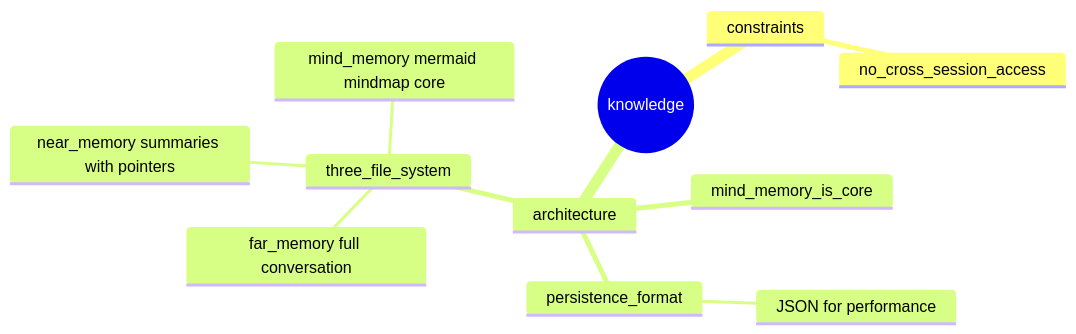
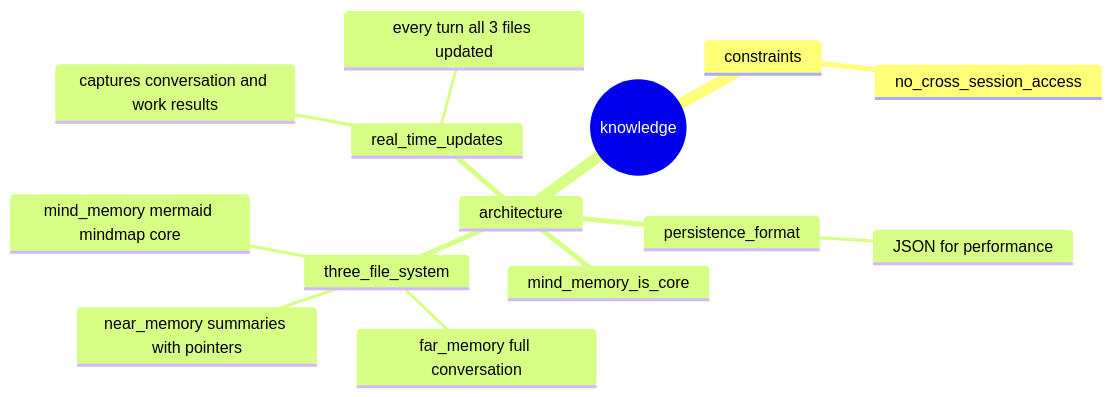
Before and after one commit to packetqc/K_DOCS: the diagram in mind/mind_memory.md, drawn with Mermaid. The commit also changed 2 other files, not shown here.

Commit message:
update: real-time memory sync for conversation turn about update pattern
Updated all 3 memory files with latest exchange confirming real-time
update behavior for all conversation and work results.

https://claude.ai/code/session_01Uk8EXhFhijzBM7HHgW5Yyp

````diff
--- a/mind/mind_memory.md
+++ b/mind/mind_memory.md
@@ -1,14 +1,17 @@
 ```mermaid
 mindmap
   root((knowledge))
     constraints
       no_cross_session_access
     architecture
       persistence_format
         JSON for performance
       three_file_system
         far_memory full conversation
         near_memory summaries with pointers
         mind_memory mermaid mindmap core
       mind_memory_is_core
+      real_time_updates
+        every turn all 3 files updated
+        captures conversation and work results
 ```
````
